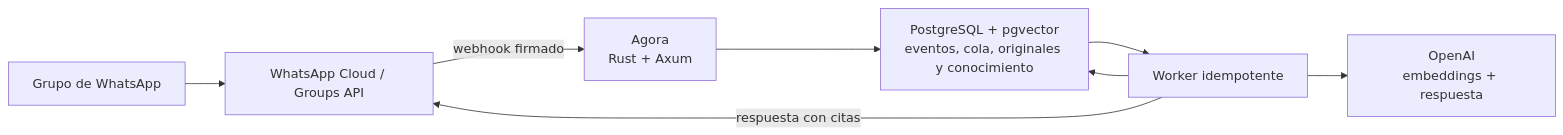
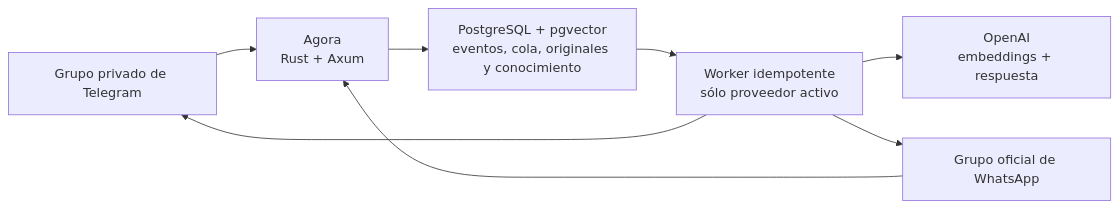
Before and after one commit to andrescastiglia/agora: the diagram in README.md, drawn with Mermaid. The commit also changed other lines of this file and 32 other files, not shown here.

````diff
--- a/README.md
+++ b/README.md
@@ -13,10 +19,10 @@
 ```mermaid
 flowchart LR
-    group["Grupo de WhatsApp"] --> meta["WhatsApp Cloud / Groups API"]
-    meta -->|webhook firmado| api["Agora<br/>Rust + Axum"]
+    telegram["Grupo privado de Telegram"] --> api["Agora<br/>Rust + Axum"]
+    whatsapp["Grupo oficial de WhatsApp"] --> api
     api --> events["PostgreSQL + pgvector<br/>eventos, cola, originales y conocimiento"]
-    events --> worker["Worker idempotente"]
+    events --> worker["Worker idempotente<br/>sólo proveedor activo"]
     worker --> openai["OpenAI<br/>embeddings + respuesta"]
-    worker --> events
-    worker -->|respuesta con citas| meta
+    worker --> telegram
+    worker --> whatsapp
 ```
````
